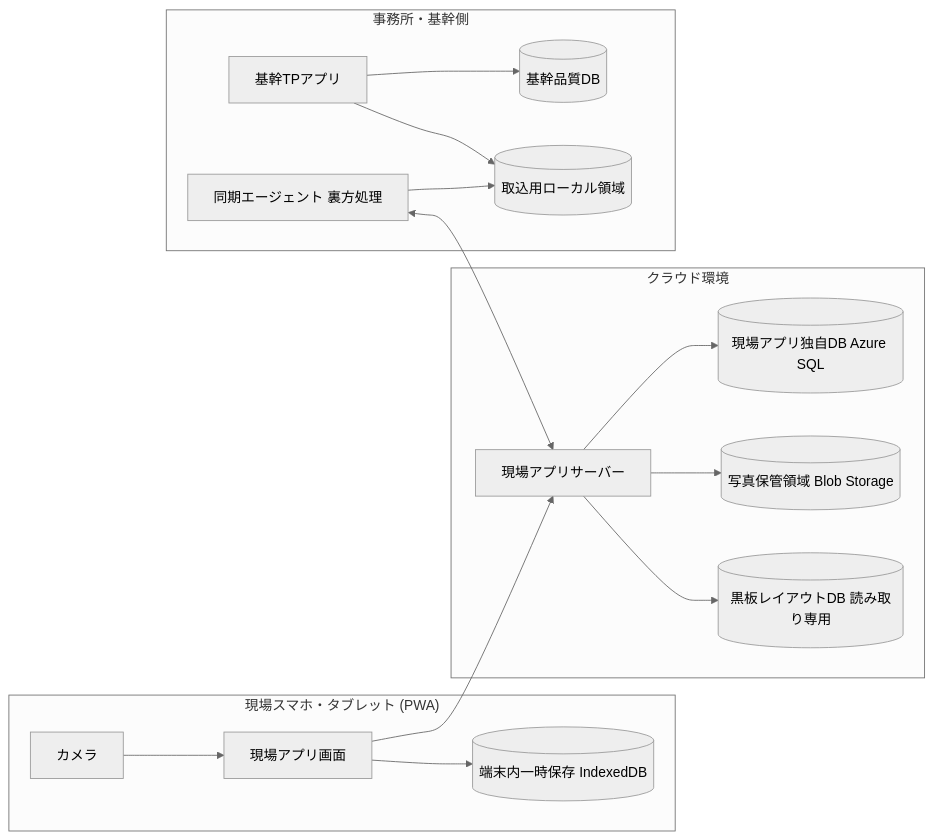
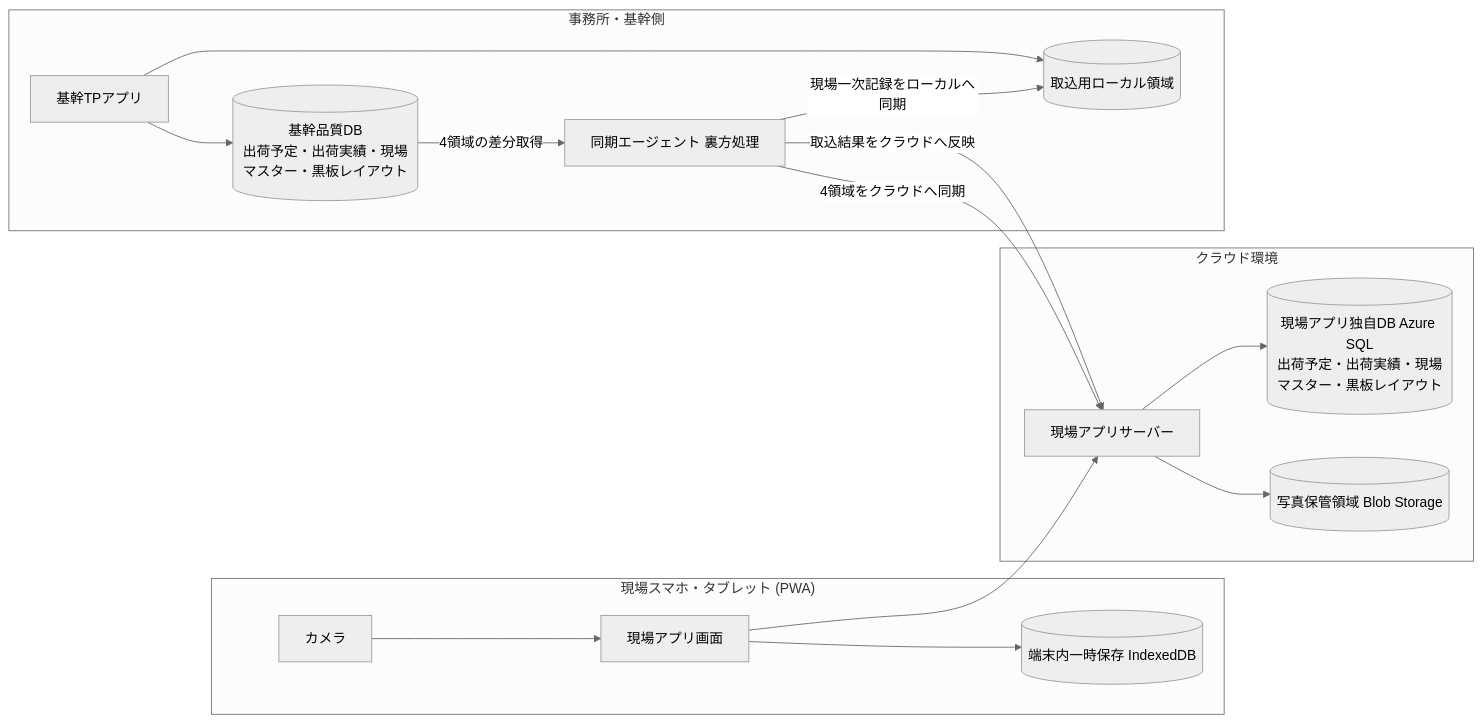
The eighth of 11 diagrams in docs/Labonity用現場試験アプリ_設計書_v1.0.md (sakku0039/FieldTester), drawn with Mermaid (neutral theme) before and after one commit. The commit also changed other lines of this file, not shown here.

````diff
--- a/docs/Labonity用現場試験アプリ_設計書_v1.0.md
+++ b/docs/Labonity用現場試験アプリ_設計書_v1.0.md
@@ -612,33 +649,33 @@
 ```mermaid
 flowchart LR
     subgraph 現場端末["現場スマホ・タブレット (PWA)"]
       app_ui["現場アプリ画面"]
-      local_db[("端末内一時保存 IndexedDB")]
+      device_db[("端末内一時保存 IndexedDB")]
       camera["カメラ"]
     end
 
     subgraph クラウド["クラウド環境"]
       app_server["現場アプリサーバー"]
-      cloud_db[("現場アプリ独自DB Azure SQL")]
+      cloud_db[("現場アプリ独自DB Azure SQL<br/>出荷予定・出荷実績・現場マスター・黒板レイアウト")]
       blob_storage[("写真保管領域 Blob Storage")]
-      blackboard_layout_db[("黒板レイアウトDB 読み取り専用")]
     end
 
     subgraph 事務所["事務所・基幹側"]
       sync_agent["同期エージェント 裏方処理"]
       core_tp_app["基幹TPアプリ"]
-      core_db[("基幹品質DB")]
+      core_db[("基幹品質DB<br/>出荷予定・出荷実績・現場マスター・黒板レイアウト")]
       local_staging[("取込用ローカル領域")]
     end
 
     camera --> app_ui
-    app_ui --> local_db
+    app_ui --> device_db
     app_ui --> app_server
     app_server --> cloud_db
     app_server --> blob_storage
-    app_server --> blackboard_layout_db
-    sync_agent <--> app_server
-    sync_agent --> local_staging
+    core_db -->|"4領域の差分取得"| sync_agent
+    sync_agent -->|"4領域をクラウドへ同期"| app_server
+    sync_agent -->|"現場一次記録をローカルへ同期"| local_staging
+    sync_agent -->|"取込結果をクラウドへ反映"| app_server
     core_tp_app --> local_staging
     core_tp_app --> core_db
 ```
````
